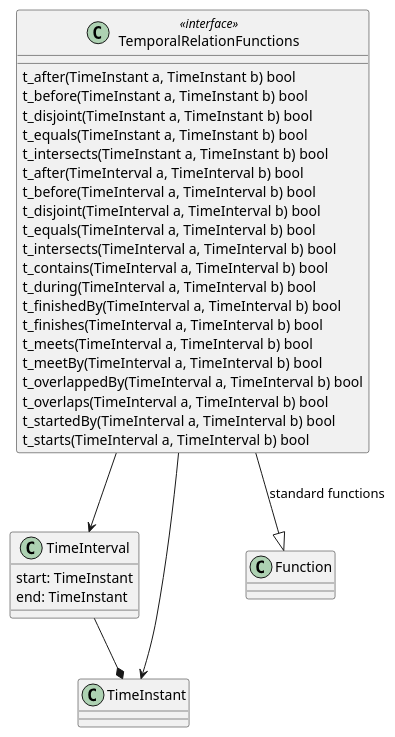
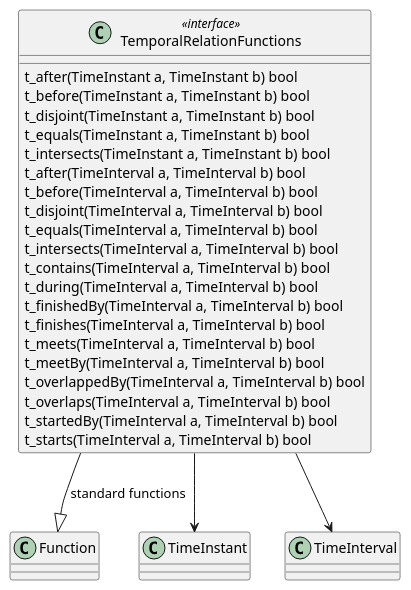
One commit to opengeospatial/styles-and-symbology changed the fifth of 8 diagrams in core/sections/clause_18_functions.adoc. Above: the diagram before and after it, drawn with PlantUML. The commit also changed other lines of this file and 5 other files, not shown here.

```diff
--- a/core/sections/clause_18_functions.adoc
+++ b/core/sections/clause_18_functions.adoc
@@ -378,31 +378,27 @@
 [plantuml, target=diagram-classes, format=png]
 ....
-TimeInterval : start: TimeInstant
-TimeInterval : end: TimeInstant
-TimeInterval --* TimeInstant
-
 class TemporalRelationFunctions <<interface>>
 TemporalRelationFunctions --|> Function : standard functions
 TemporalRelationFunctions : t_after(TimeInstant a, TimeInstant b) bool
 TemporalRelationFunctions : t_before(TimeInstant a, TimeInstant b) bool
 TemporalRelationFunctions : t_disjoint(TimeInstant a, TimeInstant b) bool
 TemporalRelationFunctions : t_equals(TimeInstant a, TimeInstant b) bool
 TemporalRelationFunctions : t_intersects(TimeInstant a, TimeInstant b) bool
 TemporalRelationFunctions : t_after(TimeInterval a, TimeInterval b) bool
 TemporalRelationFunctions : t_before(TimeInterval a, TimeInterval b) bool
 TemporalRelationFunctions : t_disjoint(TimeInterval a, TimeInterval b) bool
 TemporalRelationFunctions : t_equals(TimeInterval a, TimeInterval b) bool
 TemporalRelationFunctions : t_intersects(TimeInterval a, TimeInterval b) bool
 TemporalRelationFunctions : t_contains(TimeInterval a, TimeInterval b) bool
 TemporalRelationFunctions : t_during(TimeInterval a, TimeInterval b) bool
 TemporalRelationFunctions : t_finishedBy(TimeInterval a, TimeInterval b) bool
 TemporalRelationFunctions : t_finishes(TimeInterval a, TimeInterval b) bool
 TemporalRelationFunctions : t_meets(TimeInterval a, TimeInterval b) bool
 TemporalRelationFunctions : t_meetBy(TimeInterval a, TimeInterval b) bool
 TemporalRelationFunctions : t_overlappedBy(TimeInterval a, TimeInterval b) bool
 TemporalRelationFunctions : t_overlaps(TimeInterval a, TimeInterval b) bool
 TemporalRelationFunctions : t_startedBy(TimeInterval a, TimeInterval b) bool
 TemporalRelationFunctions : t_starts(TimeInterval a, TimeInterval b) bool
 TemporalRelationFunctions --> TimeInstant
 TemporalRelationFunctions --> TimeInterval
 ....
```
